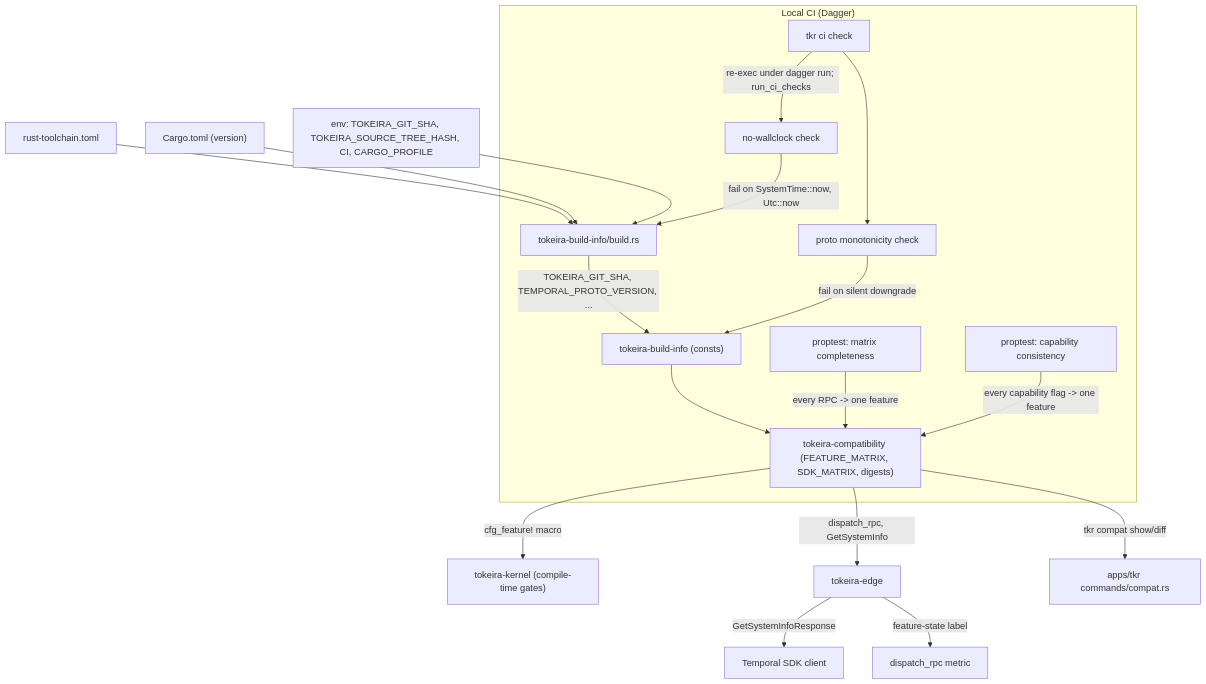
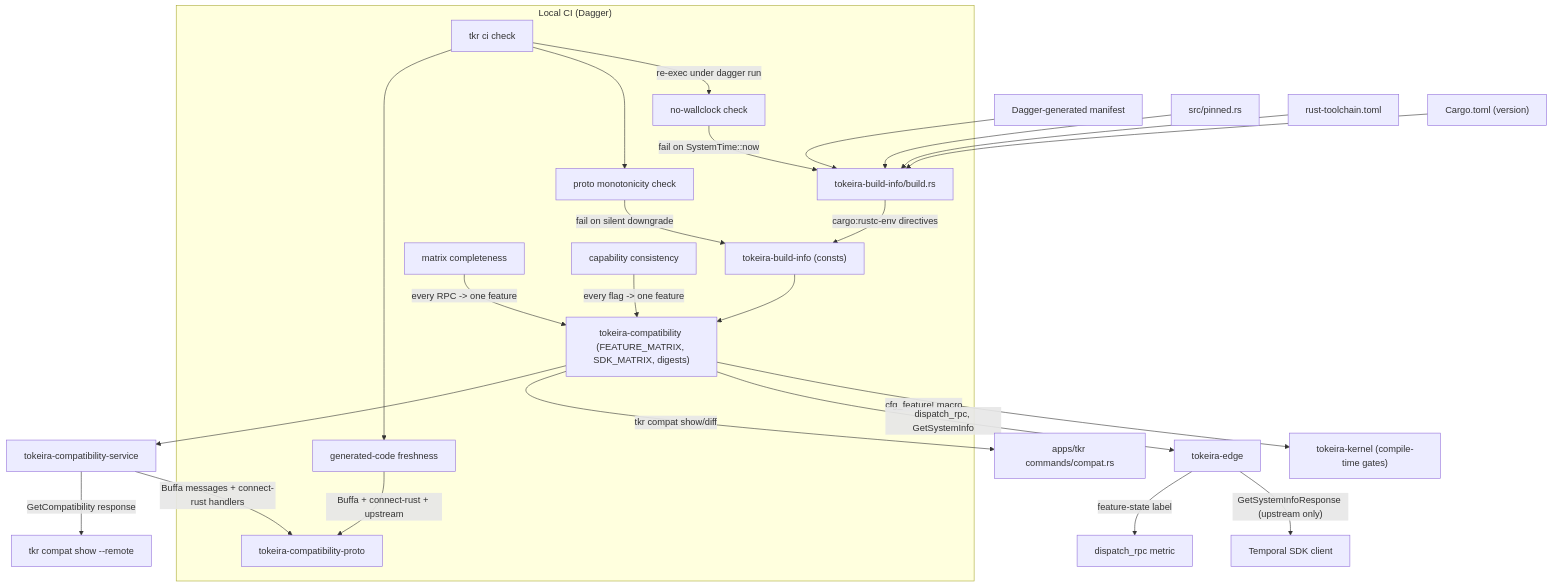
The diagram in .kiro/specs/temporal-compatibility/design.md (tokeira/tokeira), drawn with Mermaid before and after one commit. The commit also changed other lines of this file and 69 other files, not shown here.

````diff
--- a/.kiro/specs/temporal-compatibility/design.md
+++ b/.kiro/specs/temporal-compatibility/design.md
@@ -28,24 +22,32 @@
 ```mermaid
 graph TD
-    BuildRs["tokeira-build-info/build.rs"] -->|"TOKEIRA_GIT_SHA, TEMPORAL_PROTO_VERSION, ..."| BuildInfo["tokeira-build-info (consts)"]
+    Manifest["Dagger-generated manifest"] --> BuildRs["tokeira-build-info/build.rs"]
+    PinnedRs["src/pinned.rs"] --> BuildRs
     RustToolchain["rust-toolchain.toml"] --> BuildRs
     CargoToml["Cargo.toml (version)"] --> BuildRs
-    EnvVars["env: TOKEIRA_GIT_SHA, TOKEIRA_SOURCE_TREE_HASH, CI, CARGO_PROFILE"] --> BuildRs
+
+    BuildRs -->|"cargo:rustc-env directives"| BuildInfo["tokeira-build-info (consts)"]
 
     BuildInfo --> Compat["tokeira-compatibility (FEATURE_MATRIX, SDK_MATRIX, digests)"]
     Compat -->|"cfg_feature! macro"| Kernel["tokeira-kernel (compile-time gates)"]
     Compat -->|"dispatch_rpc, GetSystemInfo"| Edge["tokeira-edge"]
     Compat -->|"tkr compat show/diff"| CLI["apps/tkr commands/compat.rs"]
 
-    Edge -->|"GetSystemInfoResponse"| SdkClient["Temporal SDK client"]
+    Edge -->|"GetSystemInfoResponse (upstream only)"| SdkClient["Temporal SDK client"]
     Edge -->|"feature-state label"| Metrics["dispatch_rpc metric"]
 
+    Compat --> CompatService["tokeira-compatibility-service"]
+    CompatService -->|"Buffa messages + connect-rust handlers"| CompatProto["tokeira-compatibility-proto"]
+    CompatService -->|"GetCompatibility response"| TkrRemote["tkr compat show --remote"]
+
     subgraph "Local CI (Dagger)"
-      GrepCheck["no-wallclock check"] -->|"fail on SystemTime::now, Utc::now"| BuildRs
+      GrepCheck["no-wallclock check"] -->|"fail on SystemTime::now"| BuildRs
       MonotonicCheck["proto monotonicity check"] -->|"fail on silent downgrade"| BuildInfo
-      CliCi["tkr ci check"] -->|"re-exec under dagger run; run_ci_checks"| GrepCheck
+      FreshnessCheck["generated-code freshness"] -->|"Buffa + connect-rust + upstream"| CompatProto
+      CliCi["tkr ci check"] -->|"re-exec under dagger run"| GrepCheck
       CliCi --> MonotonicCheck
-      CompletenessTest["proptest: matrix completeness"] -->|"every RPC -> one feature"| Compat
-      HandshakeTest["proptest: capability consistency"] -->|"every capability flag -> one feature"| Compat
+      CliCi --> FreshnessCheck
+      CompletenessTest["matrix completeness"] -->|"every RPC -> one feature"| Compat
+      HandshakeTest["capability consistency"] -->|"every flag -> one feature"| Compat
     end
 ```
````
